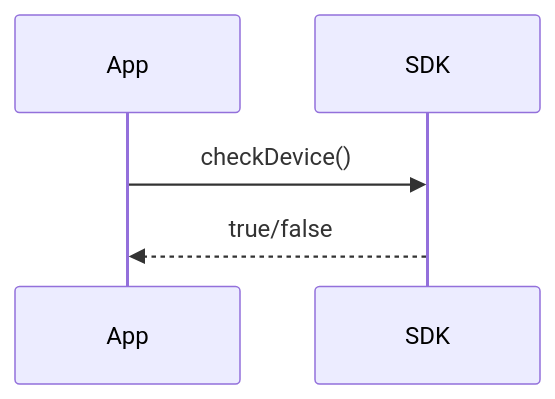
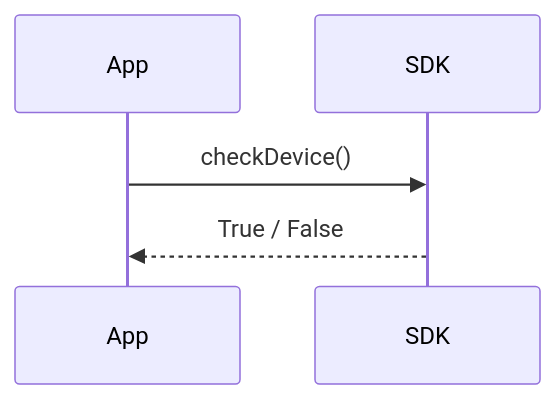
Before and after one commit to kryptogo/kg-mobile-wallet-sdk: the second of 6 diagrams in README.md, drawn with Mermaid. The commit also changed other lines of this file, not shown here.

````diff
--- a/README.md
+++ b/README.md
@@ -123,7 +139,7 @@
 ```mermaid
 sequenceDiagram
 participant App
 participant SDK
 App->>SDK: checkDevice()
-SDK-->>App: true/false
+SDK-->>App: True / False
 ```
````
